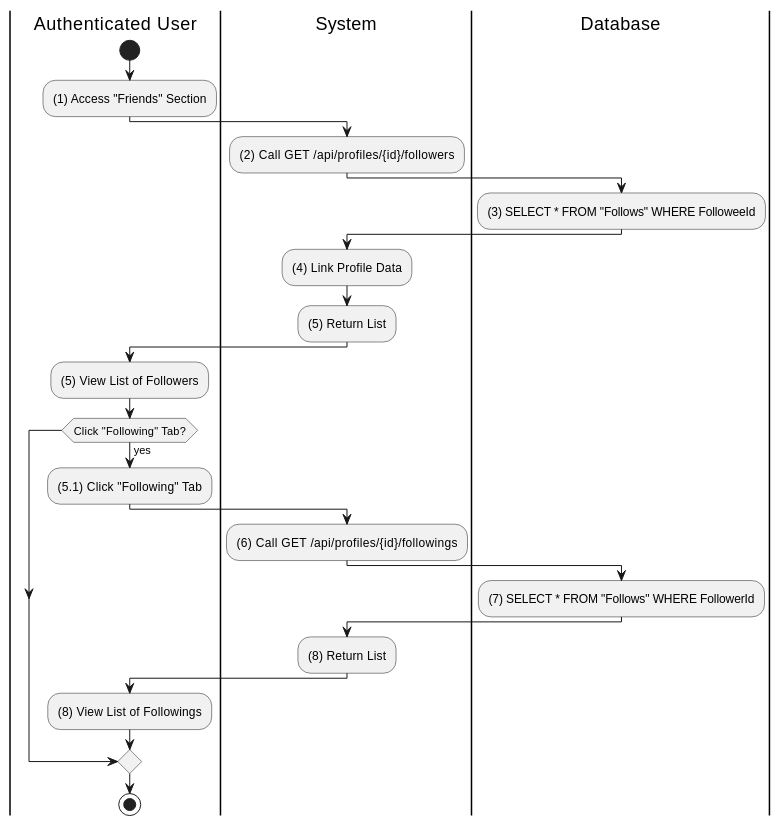
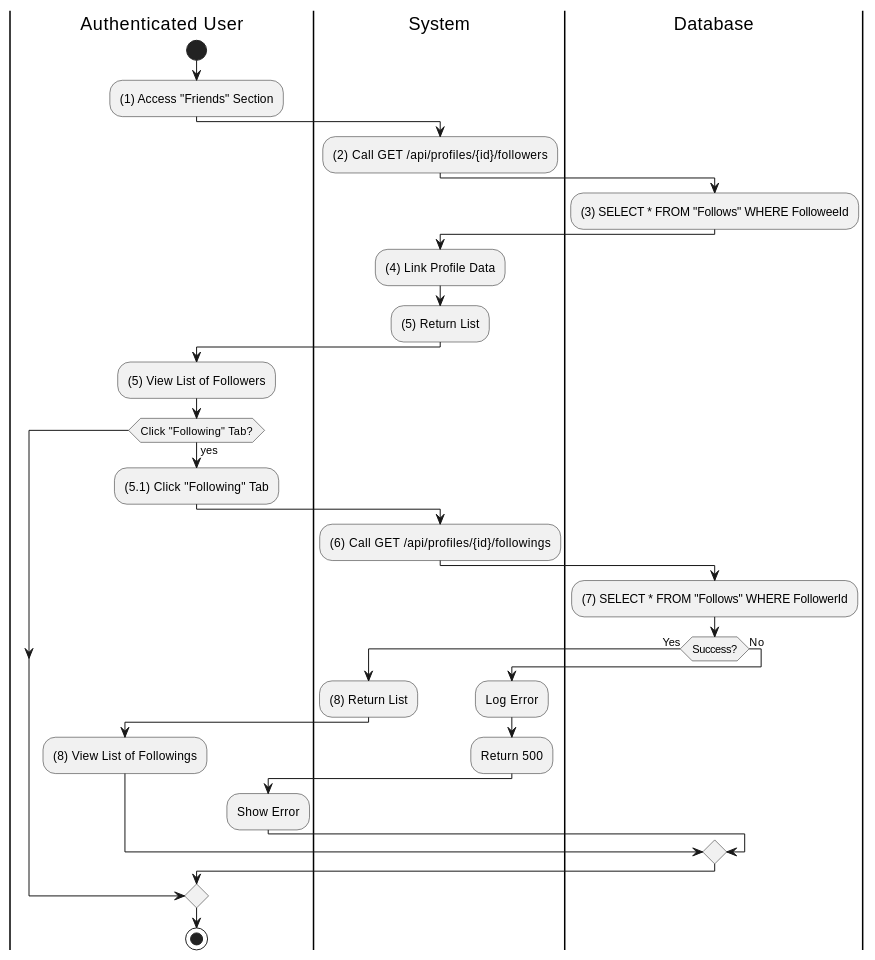
Before and after one commit to I-Love-U-3000/Favi-BE: the first of 14 diagrams in UC_2.1.6_Adjust_Friend.md, drawn with PlantUML. The commit also changed other lines of this file and 4 other files, not shown here.

````diff
--- a/UC_2.1.6_Adjust_Friend.md
+++ b/UC_2.1.6_Adjust_Friend.md
@@ -39,28 +39,36 @@
 ```plantuml
 @startuml
 |Authenticated User|
 start
 :(1) Access "Friends" Section;
 |System|
 :(2) Call GET /api/profiles/{id}/followers;
 |Database|
 :(3) SELECT * FROM "Follows" WHERE FolloweeId;
 |System|
 :(4) Link Profile Data;
 :(5) Return List;
 |Authenticated User|
 :(5) View List of Followers;
 if (Click "Following" Tab?) then (yes)
   :(5.1) Click "Following" Tab;
   |System|
   :(6) Call GET /api/profiles/{id}/followings;
   |Database|
   :(7) SELECT * FROM "Follows" WHERE FollowerId;
-  |System|
-  :(8) Return List;
-  |Authenticated User|
-  :(8) View List of Followings;
+  if (Success?) then (Yes)
+      |System|
+      :(8) Return List;
+      |Authenticated User|
+      :(8) View List of Followings;
+  else (No)
+      |System|
+      :Log Error;
+      :Return 500;
+      |Authenticated User|
+      :Show Error;
+  endif
 endif
 stop
 @enduml
 ```
````
